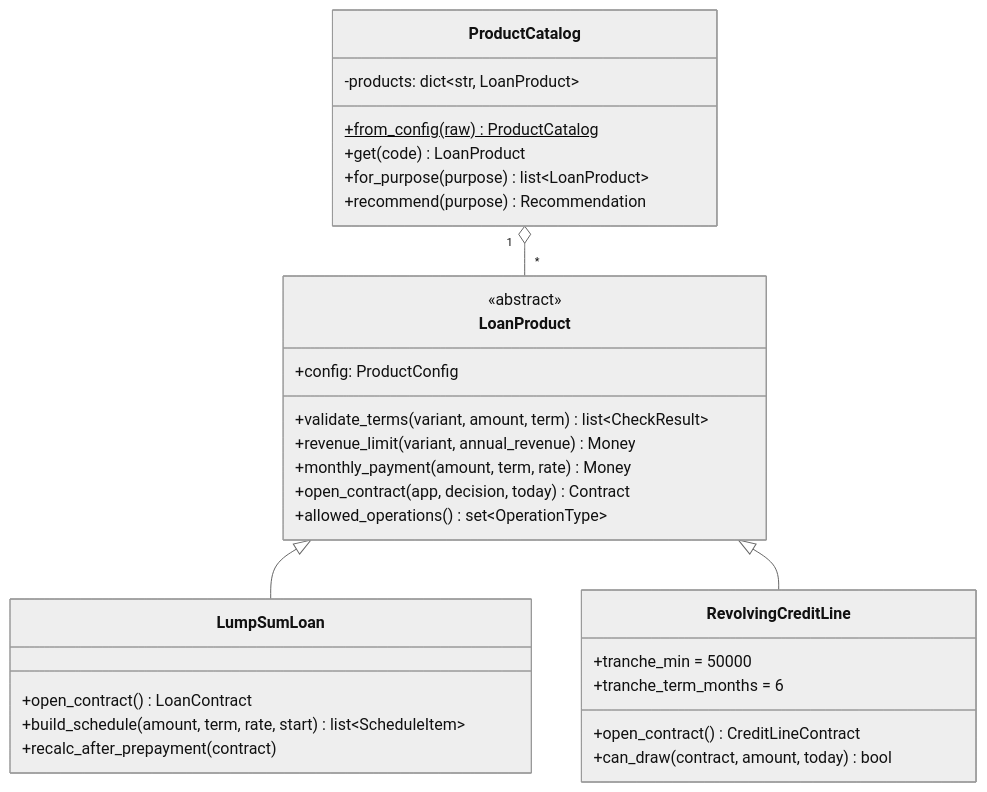
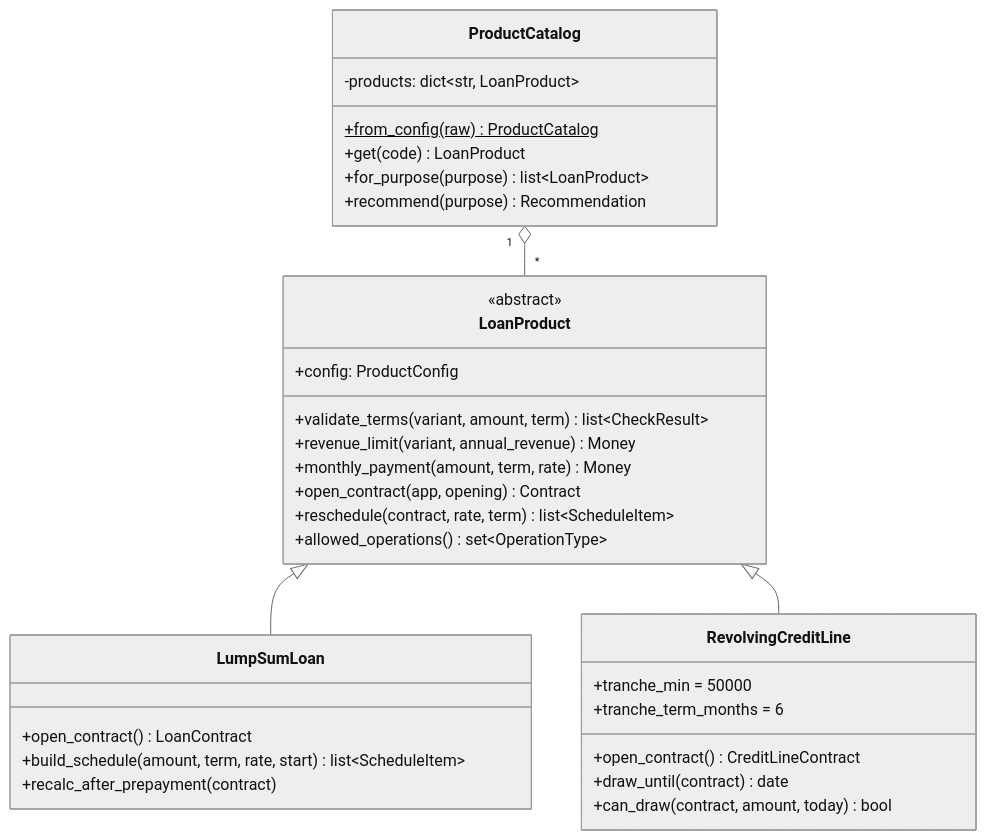
The eighth of 11 diagrams in backend/docs/BACKEND_SPEC.md (djentelmanick/alfa-hack-2026-credit-conveyor), drawn with Mermaid (neutral theme) before and after one commit. The commit also changed other lines of this file and 189 other files, not shown here.

````diff
--- a/backend/docs/BACKEND_SPEC.md
+++ b/backend/docs/BACKEND_SPEC.md
@@ -758,34 +942,36 @@
 ```mermaid
 classDiagram
 direction TB
 class ProductCatalog {
   -products: dict~str, LoanProduct~
   +from_config(raw) ProductCatalog$
   +get(code) LoanProduct
   +for_purpose(purpose) list~LoanProduct~
   +recommend(purpose) Recommendation
 }
 class LoanProduct {
   <<abstract>>
   +config: ProductConfig
   +validate_terms(variant, amount, term) list~CheckResult~
   +revenue_limit(variant, annual_revenue) Money
   +monthly_payment(amount, term, rate) Money
-  +open_contract(app, decision, today) Contract
+  +open_contract(app, opening) Contract
+  +reschedule(contract, rate, term) list~ScheduleItem~
   +allowed_operations() set~OperationType~
 }
 class LumpSumLoan {
   +open_contract() LoanContract
   +build_schedule(amount, term, rate, start) list~ScheduleItem~
   +recalc_after_prepayment(contract)
 }
 class RevolvingCreditLine {
   +tranche_min = 50000
   +tranche_term_months = 6
   +open_contract() CreditLineContract
+  +draw_until(contract) date
   +can_draw(contract, amount, today) bool
 }
 ProductCatalog "1" o-- "*" LoanProduct
 LoanProduct <|-- LumpSumLoan
 LoanProduct <|-- RevolvingCreditLine
 ```
````
